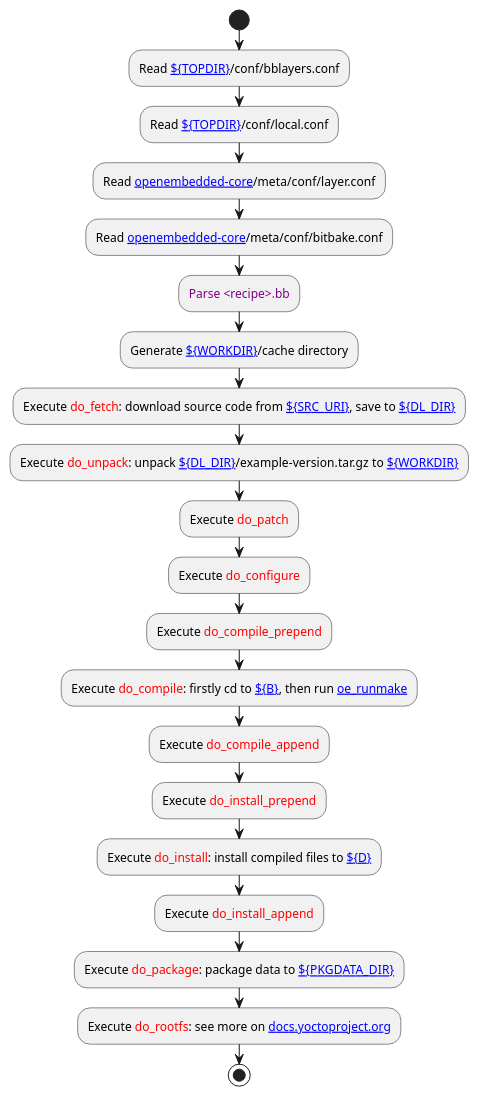
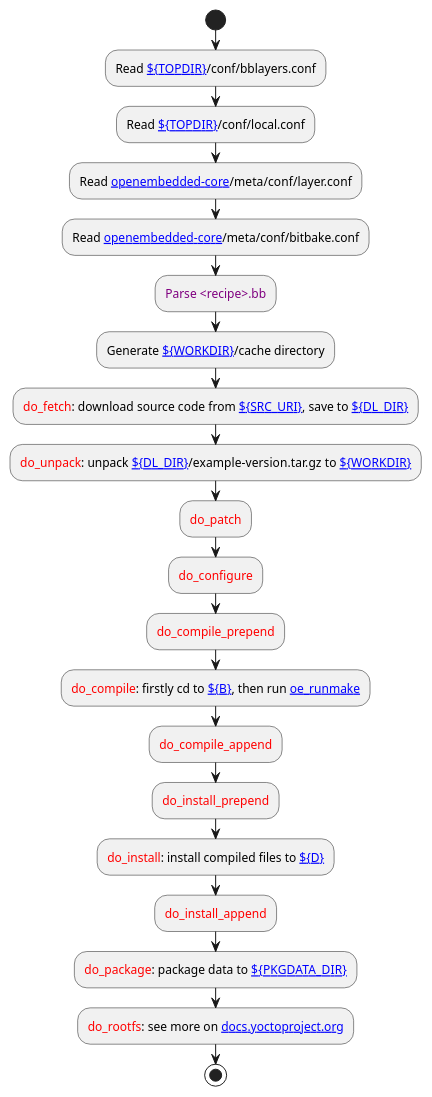
One commit to zhyantao/docs changed the diagram in docs/cli/yocto.md. Above: the diagram before and after it, drawn with PlantUML.

````diff
--- a/docs/cli/yocto.md
+++ b/docs/cli/yocto.md
@@ -39,24 +39,24 @@
 ```{uml}
 @startuml
 start
 :Read [[https://docs.yoctoproject.org/ref-manual/variables.html#term-TOPDIR ${TOPDIR}]]/conf/bblayers.conf;
 :Read [[https://docs.yoctoproject.org/ref-manual/variables.html#term-TOPDIR ${TOPDIR}]]/conf/local.conf;
 :Read [[https://git.openembedded.org/openembedded-core/tree/?h=styhead openembedded-core]]/meta/conf/layer.conf;
 :Read [[https://git.openembedded.org/openembedded-core/tree/?h=styhead openembedded-core]]/meta/conf/bitbake.conf;
 :<color:purple>Parse <recipe>.bb</color>;
 :Generate [[https://git.openembedded.org/openembedded-core/tree/meta/conf/bitbake.conf?h=styhead#n404 ${WORKDIR}]]/cache directory;
-:Execute <color:red>do_fetch</color>: download source code from [[https://docs.yoctoproject.org/5.1.1/ref-manual/variables.html#term-SRC_URI ${SRC_URI}]], save to [[https://git.openembedded.org/openembedded-core/tree/meta/conf/bitbake.conf?h=styhead#n842 ${DL_DIR}]];
-:Execute <color:red>do_unpack</color>: unpack [[https://git.openembedded.org/openembedded-core/tree/meta/conf/bitbake.conf?h=styhead#n842 ${DL_DIR}]]/example-version.tar.gz to [[https://git.openembedded.org/openembedded-core/tree/meta/conf/bitbake.conf?h=styhead#n404 ${WORKDIR}]];
-:Execute <color:red>do_patch</color>;
-:Execute <color:red>do_configure</color>;
-:Execute <color:red>do_compile_prepend</color>;
-:Execute <color:red>do_compile</color>: firstly cd to [[https://git.openembedded.org/openembedded-core/tree/meta/conf/bitbake.conf?h=styhead#n409 ${B}]], then run [[https://git.openembedded.org/openembedded-core/tree/meta/classes-global/base.bbclass?h=styhead#n41 oe_runmake]];
-:Execute <color:red>do_compile_append</color>;
-:Execute <color:red>do_install_prepend</color>;
-:Execute <color:red>do_install</color>: install compiled files to [[https://git.openembedded.org/openembedded-core/tree/meta/conf/bitbake.conf?h=styhead#n407 ${D}]];
-:Execute <color:red>do_install_append</color>;
-:Execute <color:red>do_package</color>: package data to [[https://docs.yoctoproject.org/5.1.1/ref-manual/variables.html#term-PKGDATA_DIR ${PKGDATA_DIR}]];
-:Execute <color:red>do_rootfs</color>: see more on [[https://docs.yoctoproject.org/5.1.1/ref-manual/tasks.html#ref-tasks-rootfs docs.yoctoproject.org]];
+:<color:red>do_fetch</color>: download source code from [[https://docs.yoctoproject.org/5.1.1/ref-manual/variables.html#term-SRC_URI ${SRC_URI}]], save to [[https://git.openembedded.org/openembedded-core/tree/meta/conf/bitbake.conf?h=styhead#n842 ${DL_DIR}]];
+:<color:red>do_unpack</color>: unpack [[https://git.openembedded.org/openembedded-core/tree/meta/conf/bitbake.conf?h=styhead#n842 ${DL_DIR}]]/example-version.tar.gz to [[https://git.openembedded.org/openembedded-core/tree/meta/conf/bitbake.conf?h=styhead#n404 ${WORKDIR}]];
+:<color:red>do_patch</color>;
+:<color:red>do_configure</color>;
+:<color:red>do_compile_prepend</color>;
+:<color:red>do_compile</color>: firstly cd to [[https://git.openembedded.org/openembedded-core/tree/meta/conf/bitbake.conf?h=styhead#n409 ${B}]], then run [[https://git.openembedded.org/openembedded-core/tree/meta/classes-global/base.bbclass?h=styhead#n41 oe_runmake]];
+:<color:red>do_compile_append</color>;
+:<color:red>do_install_prepend</color>;
+:<color:red>do_install</color>: install compiled files to [[https://git.openembedded.org/openembedded-core/tree/meta/conf/bitbake.conf?h=styhead#n407 ${D}]];
+:<color:red>do_install_append</color>;
+:<color:red>do_package</color>: package data to [[https://docs.yoctoproject.org/5.1.1/ref-manual/variables.html#term-PKGDATA_DIR ${PKGDATA_DIR}]];
+:<color:red>do_rootfs</color>: see more on [[https://docs.yoctoproject.org/5.1.1/ref-manual/tasks.html#ref-tasks-rootfs docs.yoctoproject.org]];
 stop
 @enduml
 ```
````
